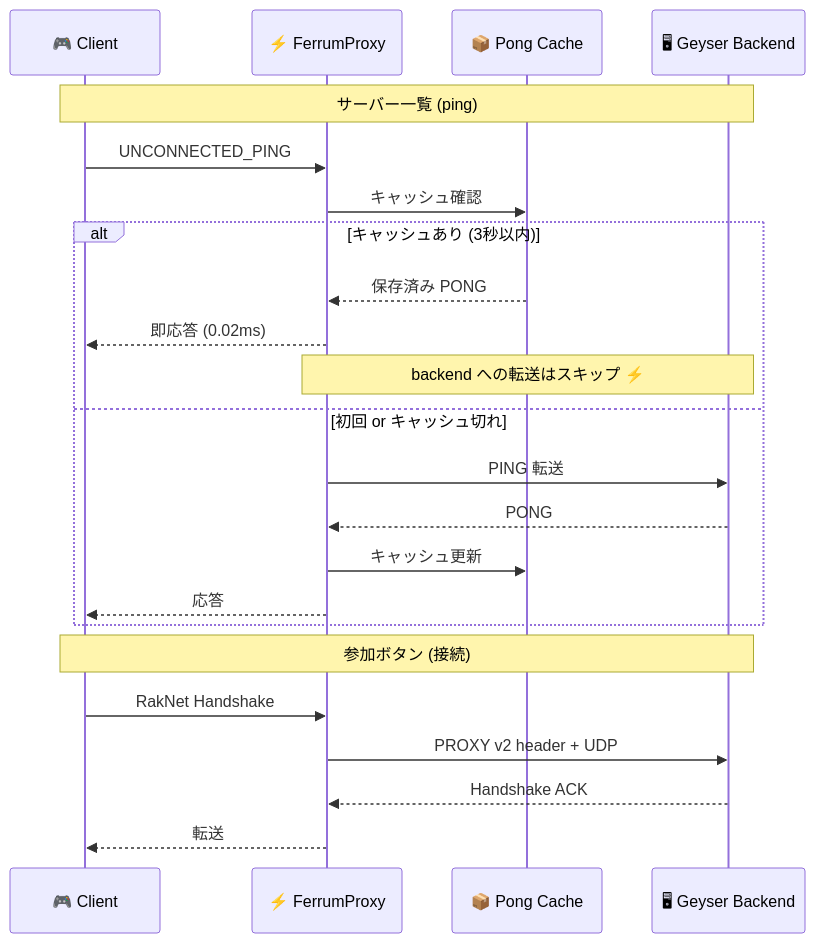
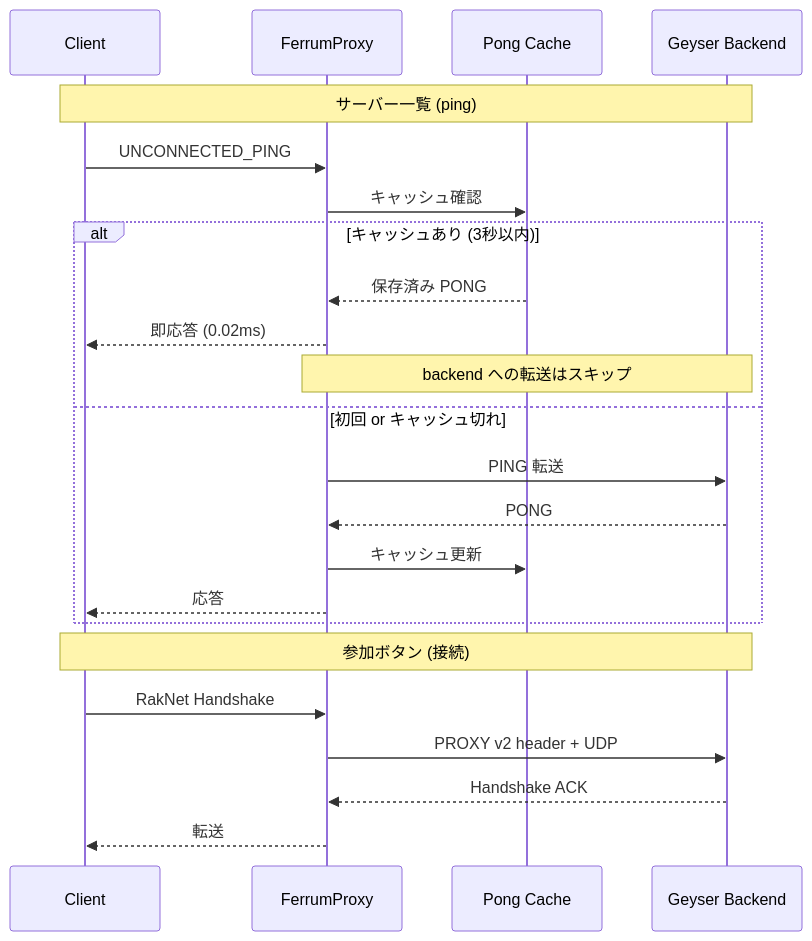
The second of 3 diagrams in README.md (gamelist1990/FerrumProxy), drawn with Mermaid before and after one commit. The commit also changed other lines of this file and 4 other files, not shown here.

````diff
--- a/README.md
+++ b/README.md
@@ -82,27 +82,27 @@
 ```mermaid
 sequenceDiagram
-    participant C as 🎮 Client
-    participant P as ⚡ FerrumProxy
-    participant Cache as 📦 Pong Cache
-    participant B as 🖥 Geyser Backend
+    participant C as Client
+    participant P as FerrumProxy
+    participant Cache as Pong Cache
+    participant B as Geyser Backend
 
     Note over C,B: サーバー一覧 (ping)
     C->>P: UNCONNECTED_PING
     P->>Cache: キャッシュ確認
     alt キャッシュあり (3秒以内)
         Cache-->>P: 保存済み PONG
         P-->>C: 即応答 (0.02ms)
-        Note over P,B: backend への転送はスキップ ⚡
+        Note over P,B: backend への転送はスキップ
     else 初回 or キャッシュ切れ
         P->>B: PING 転送
         B-->>P: PONG
         P->>Cache: キャッシュ更新
         P-->>C: 応答
     end
 
     Note over C,B: 参加ボタン (接続)
     C->>P: RakNet Handshake
     P->>B: PROXY v2 header + UDP
     B-->>P: Handshake ACK
     P-->>C: 転送
 ```
````
